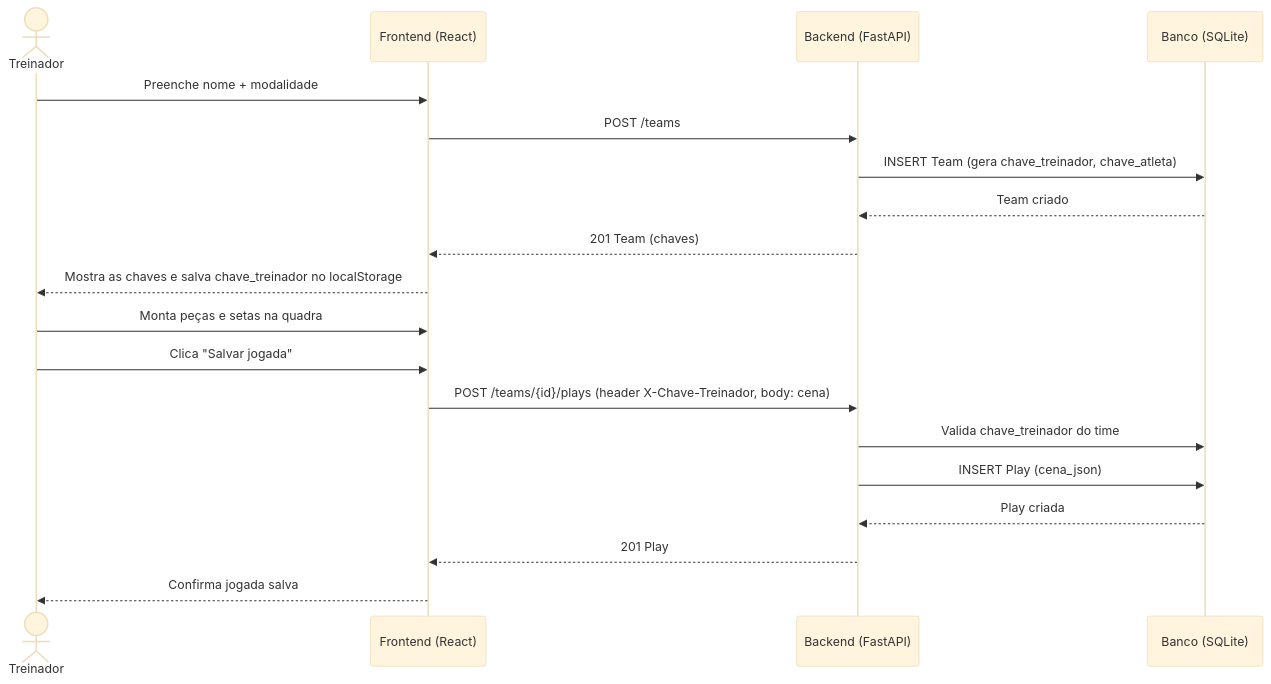
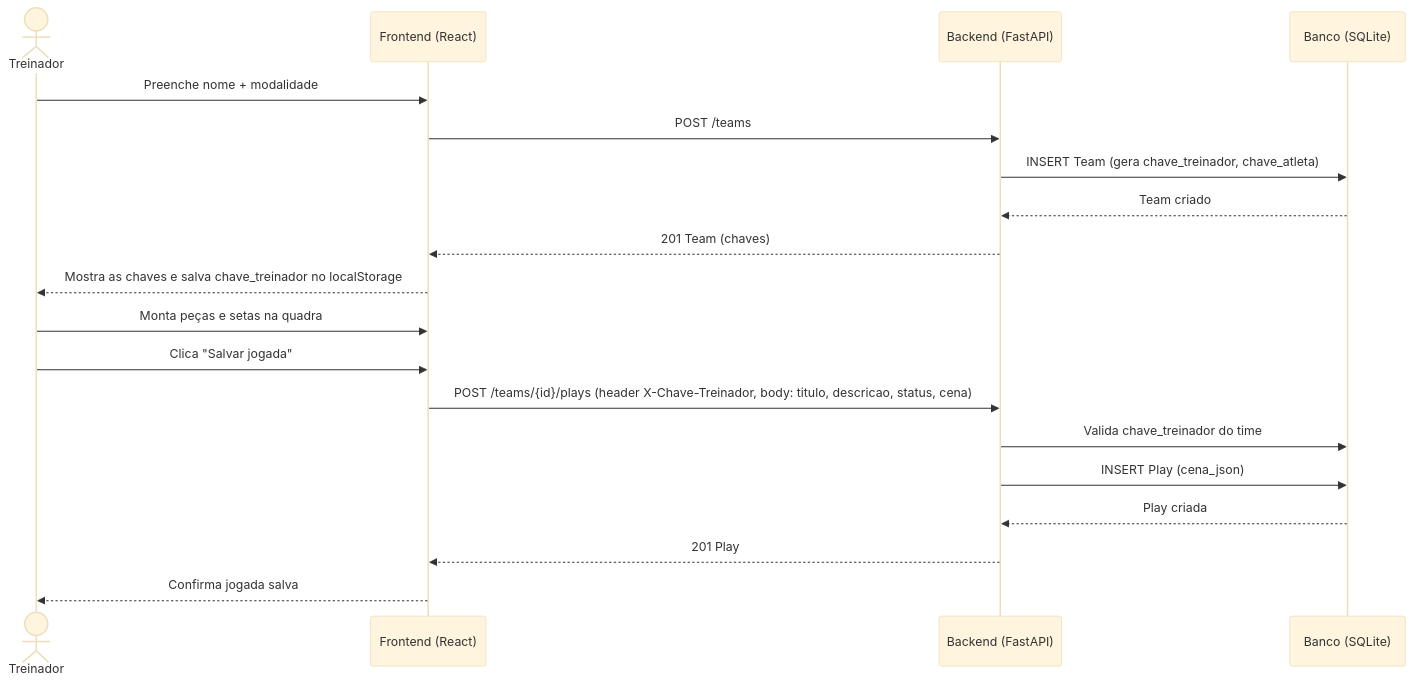
One commit to iMandy10/-EDS--Prancheta-Tatica changed the second of 3 diagrams in README.md. Above: the diagram before and after it, drawn with Mermaid (base theme). The commit also changed other lines of this file, not shown here.

Commit message:
fix: correct class diagram relationships and sequence body to match code

````diff
--- a/README.md
+++ b/README.md
@@ -173,23 +173,23 @@
 ```mermaid
 sequenceDiagram
     actor Treinador
     participant Frontend as Frontend (React)
     participant API as Backend (FastAPI)
     participant DB as Banco (SQLite)
 
     Treinador->>Frontend: Preenche nome + modalidade
     Frontend->>API: POST /teams
     API->>DB: INSERT Team (gera chave_treinador, chave_atleta)
     DB-->>API: Team criado
     API-->>Frontend: 201 Team (chaves)
     Frontend-->>Treinador: Mostra as chaves e salva chave_treinador no localStorage
 
     Treinador->>Frontend: Monta peças e setas na quadra
     Treinador->>Frontend: Clica "Salvar jogada"
-    Frontend->>API: POST /teams/{id}/plays (header X-Chave-Treinador, body: cena)
+    Frontend->>API: POST /teams/{id}/plays (header X-Chave-Treinador, body: titulo, descricao, status, cena)
     API->>DB: Valida chave_treinador do time
     API->>DB: INSERT Play (cena_json)
     DB-->>API: Play criada
     API-->>Frontend: 201 Play
     Frontend-->>Treinador: Confirma jogada salva
 ```
````
